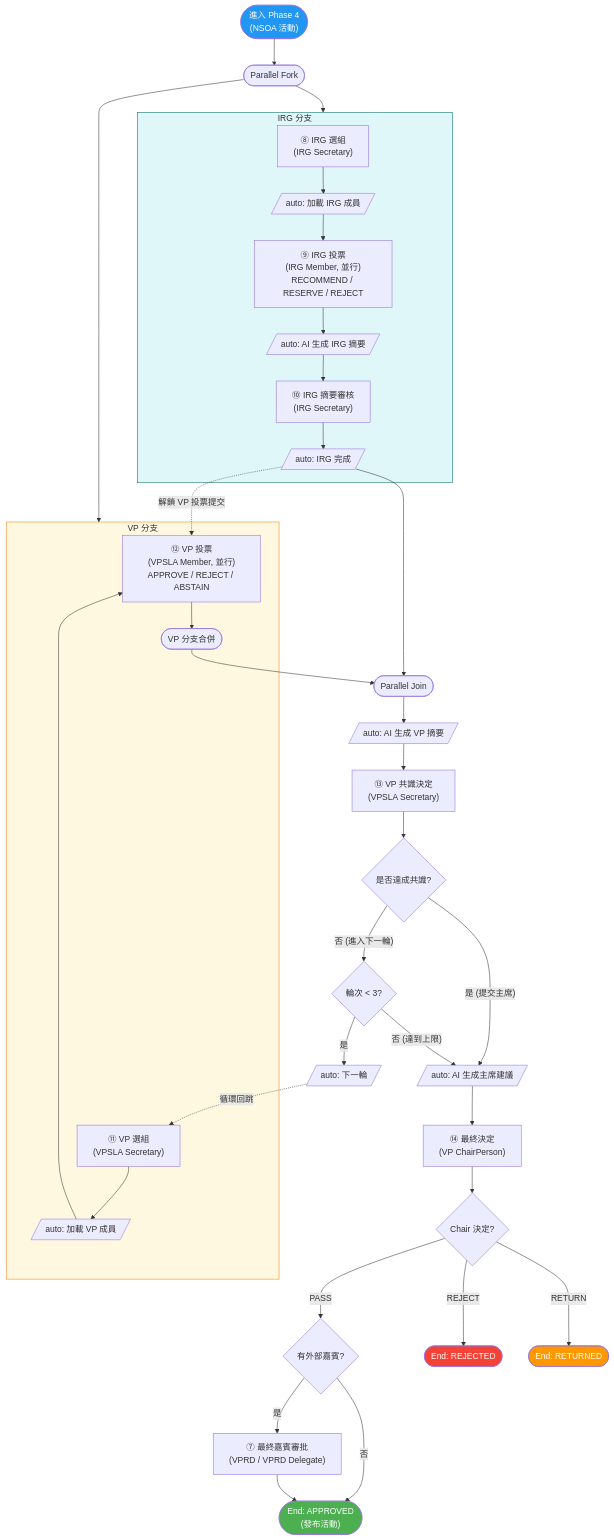
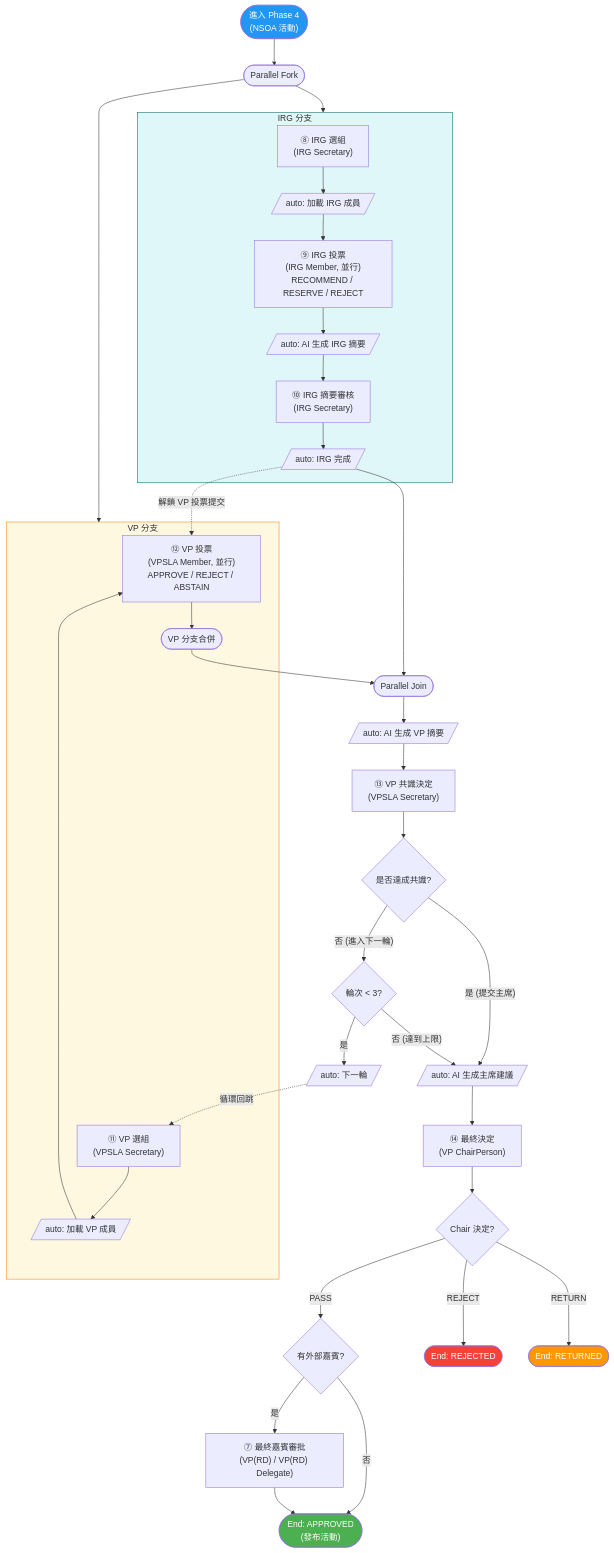
One commit to OneStar-Projects/SLAS-Docs changed the third of 3 diagrams in activity-publish-workflow-design.md. Above: the diagram before and after it, drawn with Mermaid. The commit also changed other lines of this file and 1 other file, not shown here.

Commit message:
docs: sync latest activity approval naming and flow

````diff
--- a/activity-publish-workflow-design.md
+++ b/activity-publish-workflow-design.md
@@ -323,54 +328,54 @@
 ```mermaid
 flowchart TD
     Entry(["進入 Phase 4<br/>(NSOA 活動)"])
     Entry --> ParallelFork(["Parallel Fork"])
 
     ParallelFork --> IRGBranch
     ParallelFork --> VPBranch
 
     subgraph IRGBranch["IRG 分支"]
         IRGSelect["⑧ IRG 選組<br/>(IRG Secretary)"]
         IRGSelect --> LoadIRG[/"auto: 加載 IRG 成員"/]
         LoadIRG --> IRGVote["⑨ IRG 投票<br/>(IRG Member, 並行)<br/>RECOMMEND / RESERVE / REJECT"]
         IRGVote --> IRGSummary[/"auto: AI 生成 IRG 摘要"/]
         IRGSummary --> IRGReview["⑩ IRG 摘要審核<br/>(IRG Secretary)"]
         IRGReview --> IRGDone[/"auto: IRG 完成"/]
     end
 
     subgraph VPBranch["VP 分支"]
         VPSelect["⑪ VP 選組<br/>(VPSLA Secretary)"]
         VPSelect --> LoadVP[/"auto: 加載 VP 成員"/]
         LoadVP --> VPVote["⑫ VP 投票<br/>(VPSLA Member, 並行)<br/>APPROVE / REJECT / ABSTAIN"]
         VPVote --> VPMerge(["VP 分支合併"])
     end
 
     IRGDone -.->|"解鎖 VP 投票提交"| VPVote
     IRGDone --> Join(["Parallel Join"])
     VPMerge --> Join
 
     Join --> VPSummary[/"auto: AI 生成 VP 摘要"/]
     VPSummary --> VPDecide["⑬ VP 共識決定<br/>(VPSLA Secretary)"]
     VPDecide --> Gate{是否達成共識?}
     Gate -->|"是 (提交主席)"| ChairAI
     Gate -->|"否 (進入下一輪)"| RoundCheck{輪次 < 3?}
     RoundCheck -->|"是"| Increment[/"auto: 下一輪"/]
     Increment -.->|"循環回跳"| VPSelect
     RoundCheck -->|"否 (達到上限)"| ChairAI
 
     ChairAI[/"auto: AI 生成主席建議"/]
     ChairAI --> Chair["⑭ 最終決定<br/>(VP ChairPerson)"]
     Chair --> FinalGate{Chair 決定?}
     FinalGate -->|"PASS"| FinalGuestCheck{有外部嘉賓?}
     FinalGate -->|"REJECT"| EndRejected(["End: REJECTED"])
     FinalGate -->|"RETURN"| EndReturned(["End: RETURNED"])
-    FinalGuestCheck -->|"是"| FinalGuest["⑦ 最終嘉賓審批<br/>(VPRD / VPRD Delegate)"]
+    FinalGuestCheck -->|"是"| FinalGuest["⑦ 最終嘉賓審批<br/>(VP(RD) / VP(RD) Delegate)"]
     FinalGuestCheck -->|"否"| EndApproved(["End: APPROVED<br/>(發布活動)"])
     FinalGuest --> EndApproved
 
     style Entry fill:#2196F3,color:#fff
     style EndApproved fill:#4CAF50,color:#fff
     style EndRejected fill:#f44336,color:#fff
     style EndReturned fill:#FF9800,color:#fff
     style IRGBranch fill:#E0F7FA,stroke:#00695C
     style VPBranch fill:#FFF8E1,stroke:#F57F17
 ```
````
